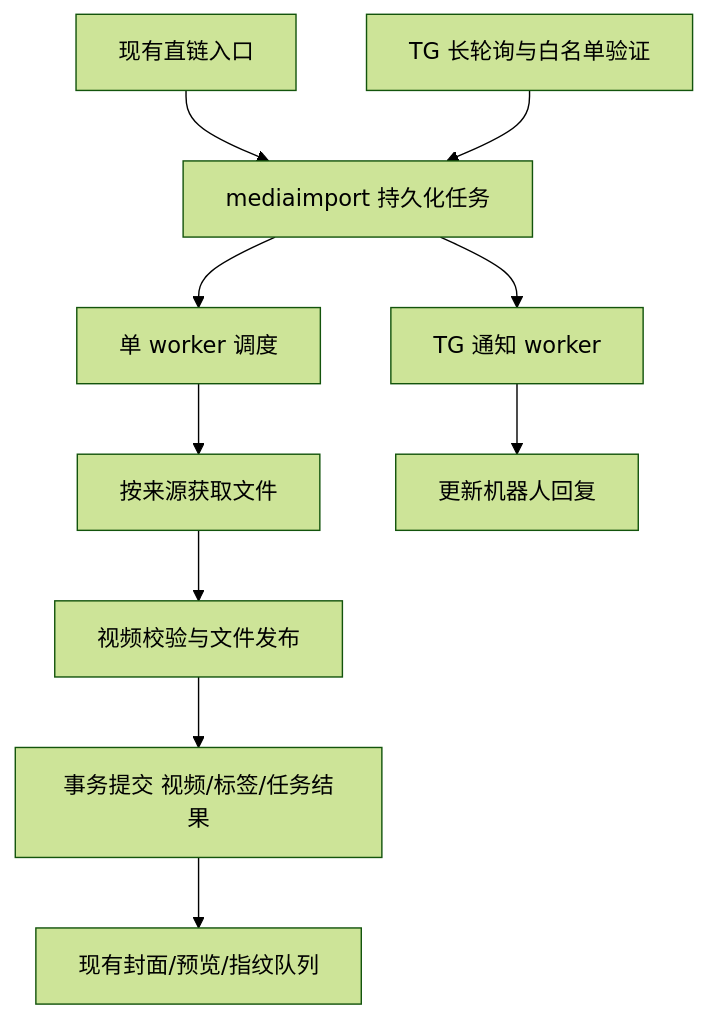
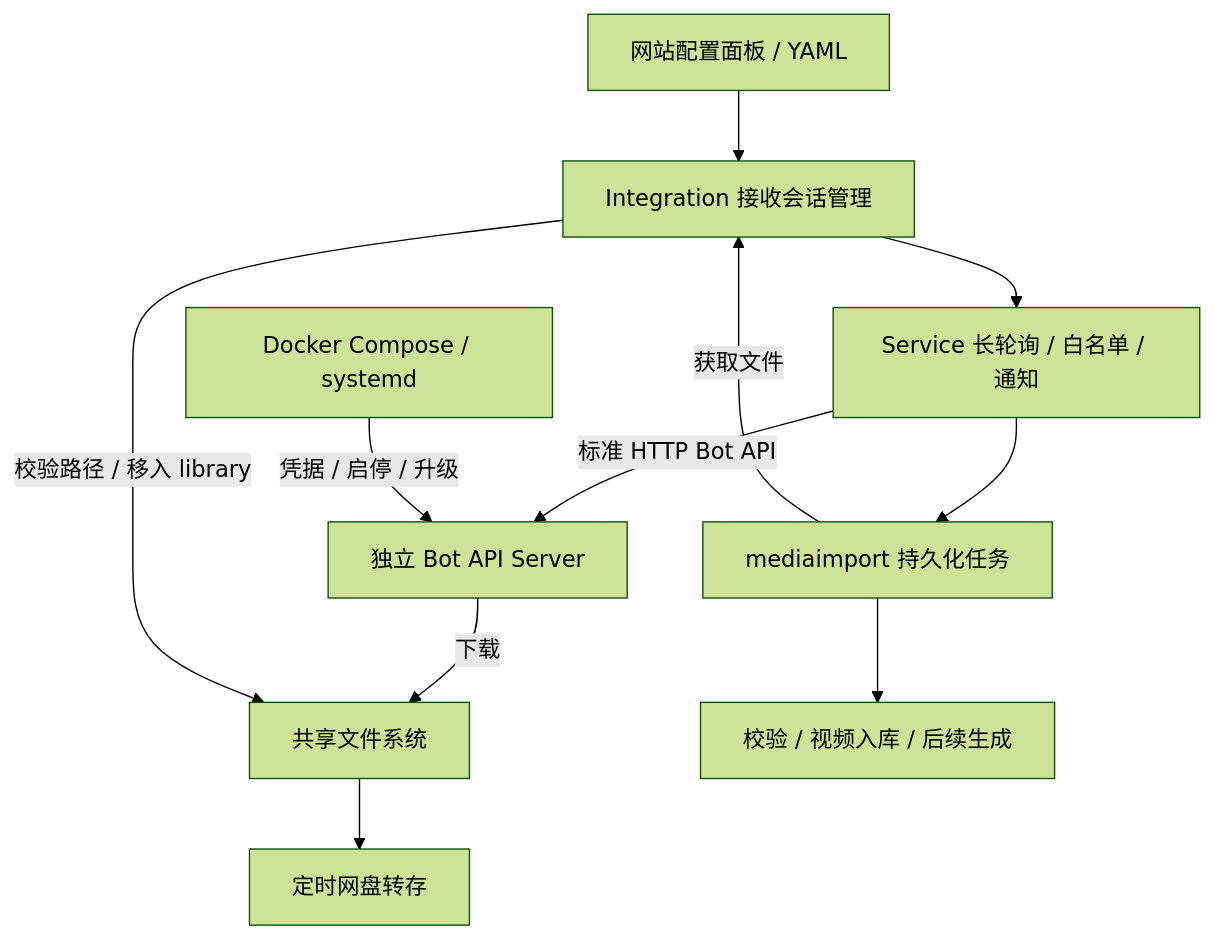
One commit to BAIBAIGE/91 changed the diagram in backend/docs/telegram-import-design.md. Above: the diagram before and after it, drawn with Mermaid (forest theme). The commit also changed other lines of this file and 52 other files, not shown here.

````diff
--- a/backend/docs/telegram-import-design.md
+++ b/backend/docs/telegram-import-design.md
@@ -103,12 +19,13 @@
 ```mermaid
 flowchart TD
-    H[现有直链入口] --> M[mediaimport 持久化任务]
-    T[TG 长轮询与白名单验证] --> M
-    M --> W[单 worker 调度]
-    W --> F[按来源获取文件]
-    F --> P[视频校验与文件发布]
-    P --> C[事务提交 视频/标签/任务结果]
-    C --> G[现有封面/预览/指纹队列]
-    M --> N[TG 通知 worker]
-    N --> B[更新机器人回复]
+    P[网站配置面板 / YAML] --> I[Integration 接收会话管理]
+    I --> S[Service 长轮询 / 白名单 / 通知]
+    S -->|标准 HTTP Bot API| B[独立 Bot API Server]
+    D[Docker Compose / systemd] -->|凭据 / 启停 / 升级| B
+    B -->|下载| F[共享文件系统]
+    S --> M[mediaimport 持久化任务]
+    M -->|获取文件| I
+    I -->|校验路径 / 移入 library| F
+    M --> C[校验 / 视频入库 / 后续生成]
+    F --> U[定时网盘转存]
 ```
````
